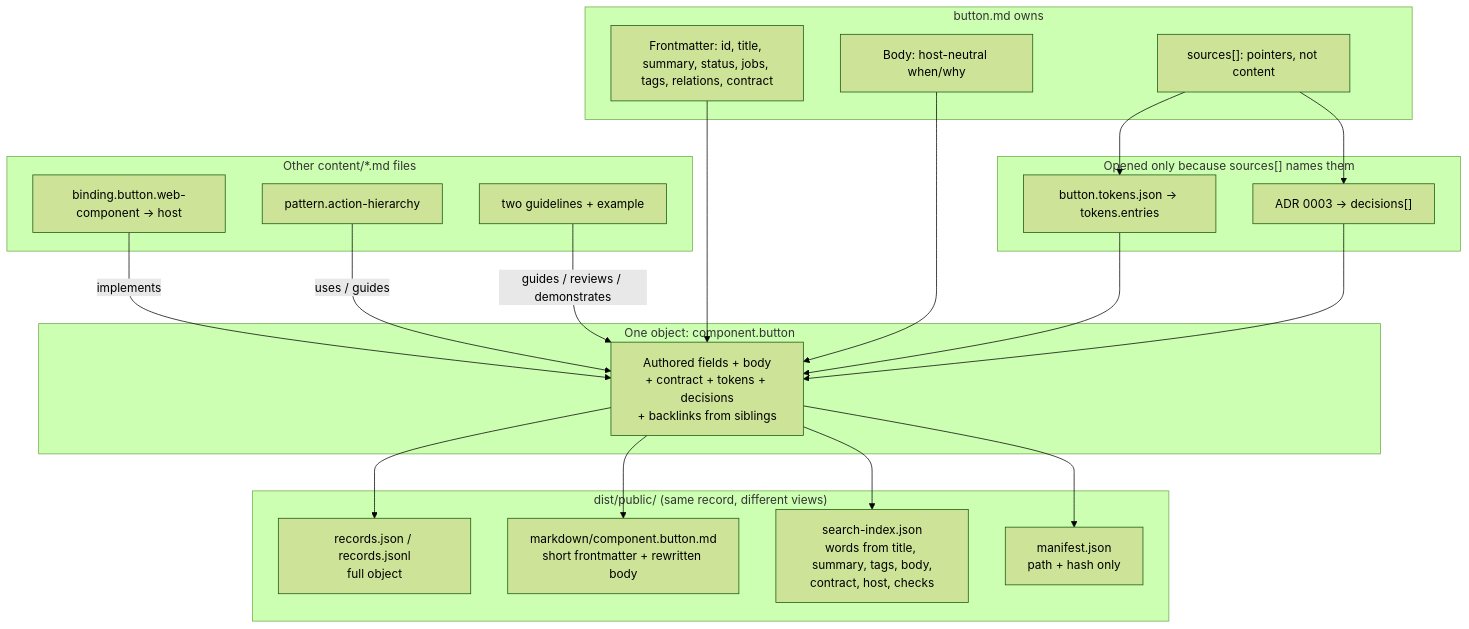
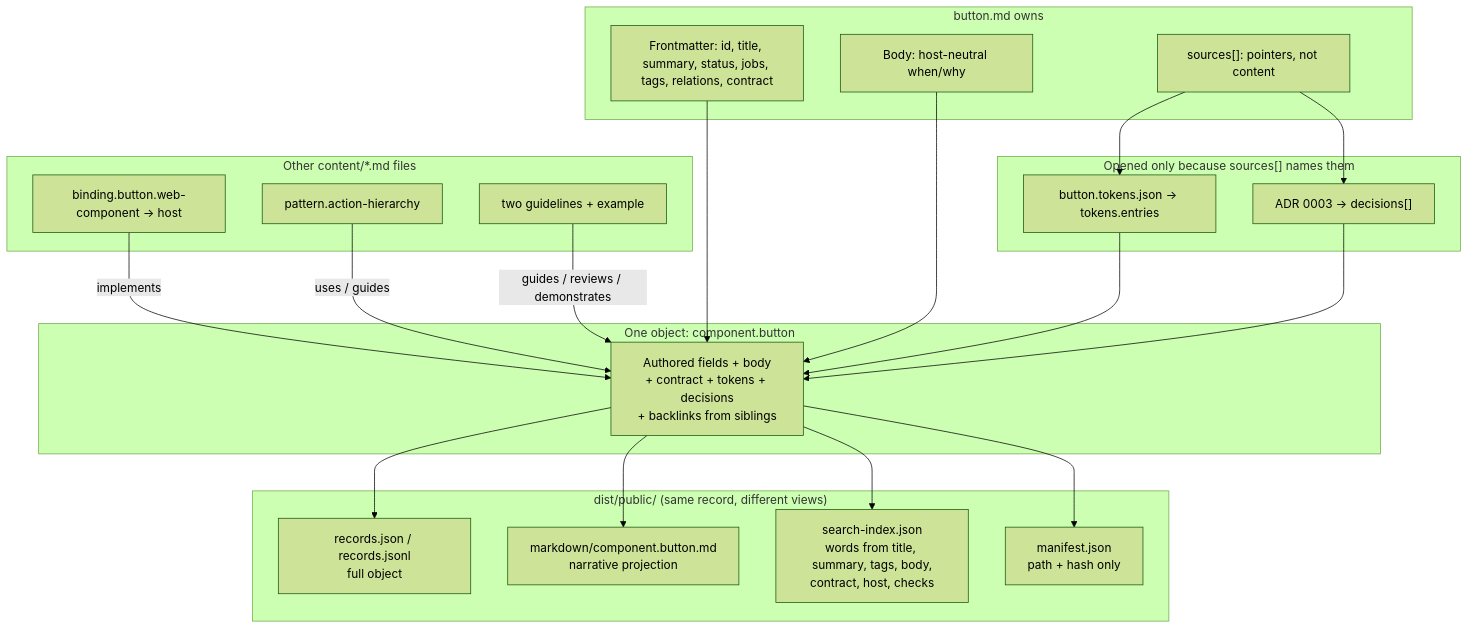
The diagram in docs/knowledge/README.md (stevegreco/taproot), drawn with Mermaid (forest theme) before and after one commit. The commit also changed other lines of this file and 8 other files, not shown here.

First line of the commit message:
feat(knowledge): name compiled Markdown as a narrative projection

````diff
--- a/docs/knowledge/README.md
+++ b/docs/knowledge/README.md
@@ -51,44 +51,44 @@
 ```mermaid
 flowchart TB
   subgraph authored["button.md owns"]
     FM["Frontmatter: id, title, summary, status, jobs, tags, relations, contract"]
     BODY["Body: host-neutral when/why"]
     SRC["sources[]: pointers, not content"]
   end
 
   subgraph domain["Opened only because sources[] names them"]
     TOK["button.tokens.json → tokens.entries"]
     ADR["ADR 0003 → decisions[]"]
   end
 
   subgraph siblings["Other content/*.md files"]
     BIND["binding.button.web-component → host"]
     PAT["pattern.action-hierarchy"]
     GL["two guidelines + example"]
   end
 
   subgraph record["One object: component.button"]
     R["Authored fields + body<br/>+ contract + tokens + decisions<br/>+ backlinks from siblings"]
   end
 
   subgraph dist["dist/public/  (same record, different views)"]
     JSON["records.json / records.jsonl<br/>full object"]
-    MD["markdown/component.button.md<br/>short frontmatter + rewritten body"]
+    MD["markdown/component.button.md<br/>narrative projection"]
     IDX["search-index.json<br/>words from title, summary, tags, body,<br/>contract, host, checks"]
     MAN["manifest.json<br/>path + hash only"]
   end
 
   FM --> R
   BODY --> R
   SRC --> TOK
   SRC --> ADR
   BIND -->|"implements"| R
   TOK --> R
   ADR --> R
   PAT -->|"uses / guides"| R
   GL -->|"guides / reviews / demonstrates"| R
   R --> JSON
   R --> MD
   R --> IDX
   R --> MAN
 ```
````
